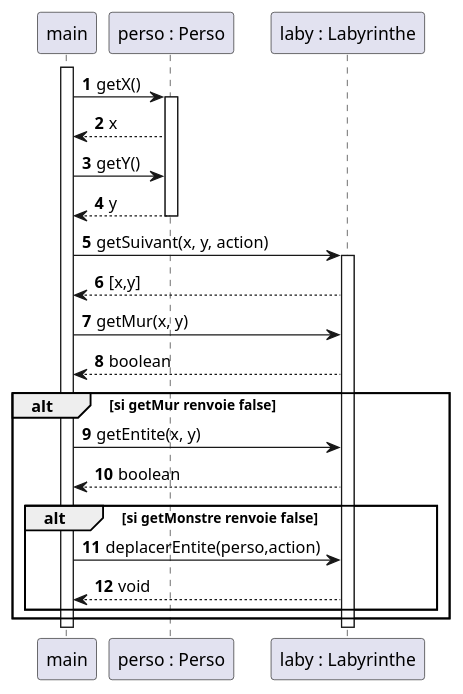
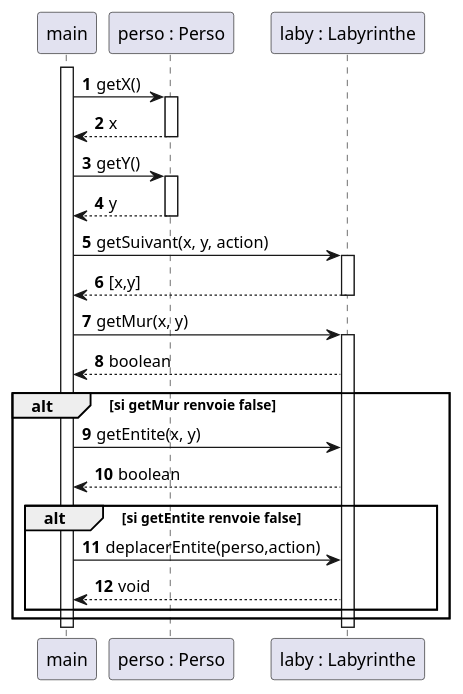
The diagram in zeldiablo/documents/version_2/diagseq_collisionPersoMonstre.puml (celie-ponroy/2023_S2.01_Zeldiablo_ponroy_roth_prykhodko_bortolotti), drawn with PlantUML before and after one commit. The commit also changed 6 other files, not shown here.

```diff
--- a/zeldiablo/documents/version_2/diagseq_collisionPersoMonstre.puml
+++ b/zeldiablo/documents/version_2/diagseq_collisionPersoMonstre.puml
@@ -1,40 +1,46 @@
 @startuml
 
 autonumber
 
 participant "laby : Labyrinthe" as l
 participant "perso : Perso" as p
 
 participant "main" as m
 participant "perso : Perso" as p
 participant "laby : Labyrinthe" as l
 
 activate m
 
 m -> p : getX()
 activate p
 m <-- p : x
+deactivate p
 
 m -> p : getY()
+activate p
 m <-- p : y
 deactivate p
 
 m -> l : getSuivant(x, y, action)
 activate l
 m <-- l : [x,y]
+deactivate l
 m -> l : getMur(x, y)
+activate l
 m <-- l : boolean
+
+
 
 alt si getMur renvoie false
     m -> l : getEntite(x, y)
     m <-- l : boolean
-    alt si getMonstre renvoie false
+    alt si getEntite renvoie false
         m -> l : deplacerEntite(perso,action)
         m <-- l : void
     end
 end
 
 deactivate l
 deactivate m
 
 @enduml
```
